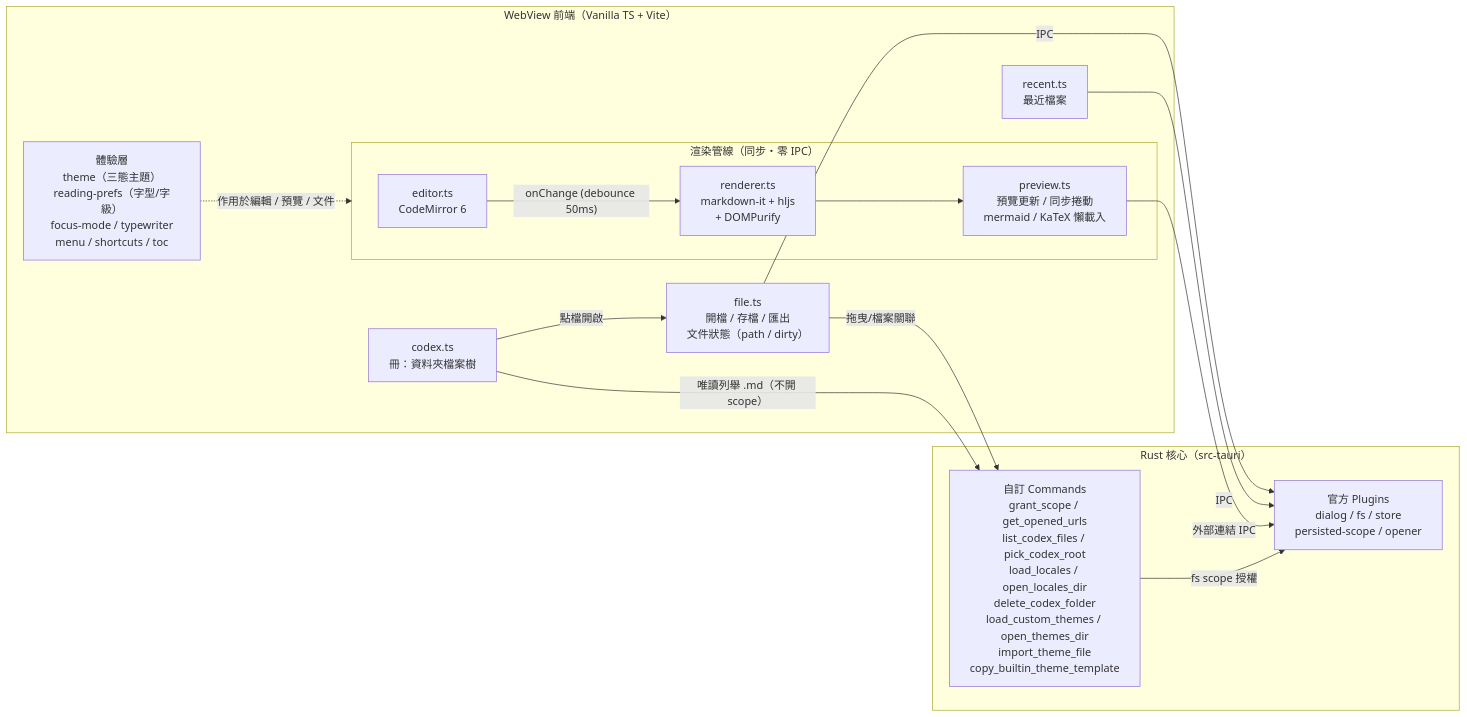
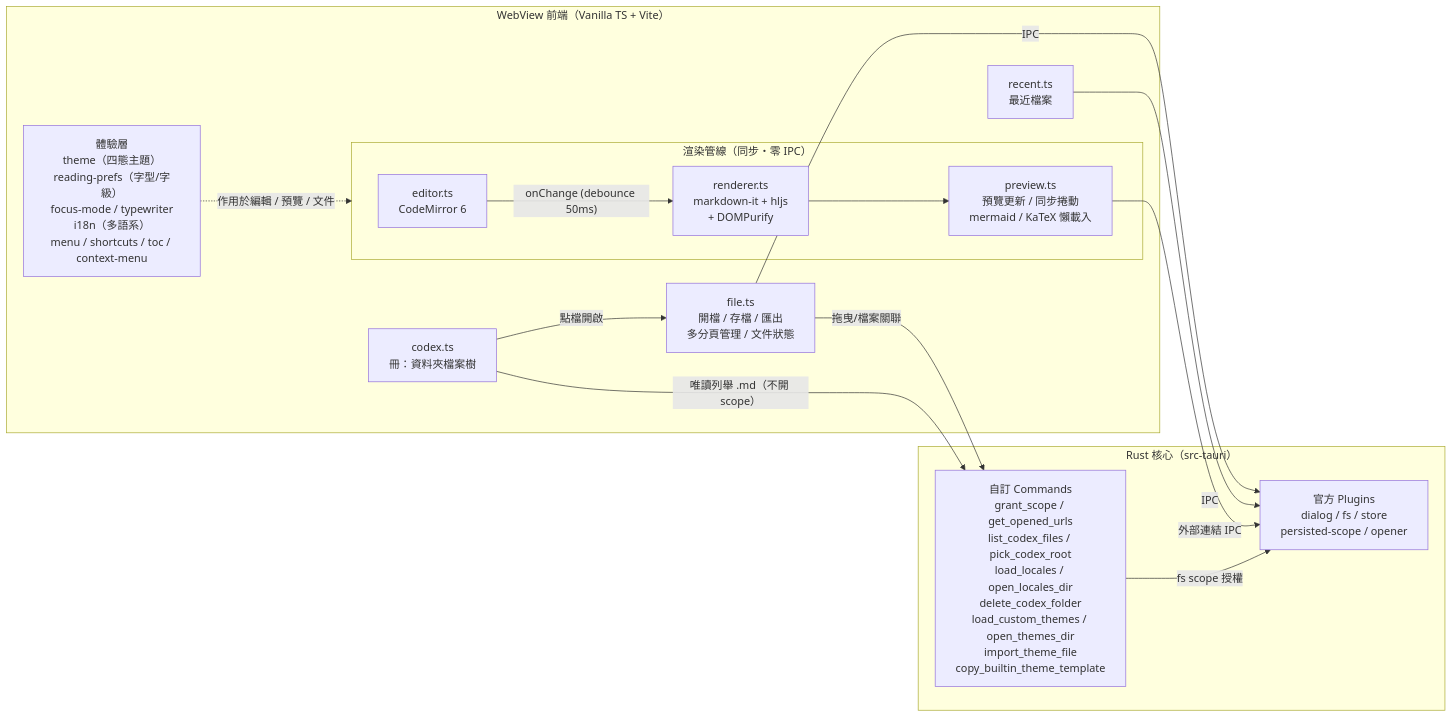
Before and after one commit to tznthou/plume: the diagram in README.md, drawn with Mermaid. The commit also changed other lines of this file and 1 other file, not shown here.

````diff
--- a/README.md
+++ b/README.md
@@ -69,27 +73,27 @@
 ```mermaid
 flowchart LR
     subgraph Frontend["WebView 前端（Vanilla TS + Vite）"]
         subgraph Pipeline["渲染管線（同步・零 IPC）"]
             Editor["editor.ts<br/>CodeMirror 6"]
             Renderer["renderer.ts<br/>markdown-it + hljs<br/>+ DOMPurify"]
             Preview["preview.ts<br/>預覽更新 / 同步捲動<br/>mermaid / KaTeX 懶載入"]
         end
-        UX["體驗層<br/>theme（三態主題）<br/>reading-prefs（字型/字級）<br/>focus-mode / typewriter<br/>menu / shortcuts / toc"]
-        File["file.ts<br/>開檔 / 存檔 / 匯出<br/>文件狀態（path / dirty）"]
+        UX["體驗層<br/>theme（四態主題）<br/>reading-prefs（字型/字級）<br/>focus-mode / typewriter<br/>i18n（多語系）<br/>menu / shortcuts / toc / context-menu"]
+        File["file.ts<br/>開檔 / 存檔 / 匯出<br/>多分頁管理 / 文件狀態"]
         Recent["recent.ts<br/>最近檔案"]
         Codex["codex.ts<br/>冊：資料夾檔案樹"]
     end
     subgraph Rust["Rust 核心（src-tauri）"]
         Plugins["官方 Plugins<br/>dialog / fs / store<br/>persisted-scope / opener"]
         Commands["自訂 Commands<br/>grant_scope / get_opened_urls<br/>list_codex_files / pick_codex_root<br/>load_locales / open_locales_dir<br/>delete_codex_folder<br/>load_custom_themes / open_themes_dir<br/>import_theme_file<br/>copy_builtin_theme_template"]
     end
     Editor -- "onChange (debounce 50ms)" --> Renderer --> Preview
     UX -. "作用於編輯 / 預覽 / 文件" .-> Pipeline
     File -- IPC --> Plugins
     Recent -- IPC --> Plugins
     Preview -- "外部連結 IPC" --> Plugins
     File -- "拖曳/檔案關聯" --> Commands
     Codex -- "唯讀列舉 .md（不開 scope）" --> Commands
     Codex -- "點檔開啟" --> File
     Commands -- "fs scope 授權" --> Plugins
 ```
````
